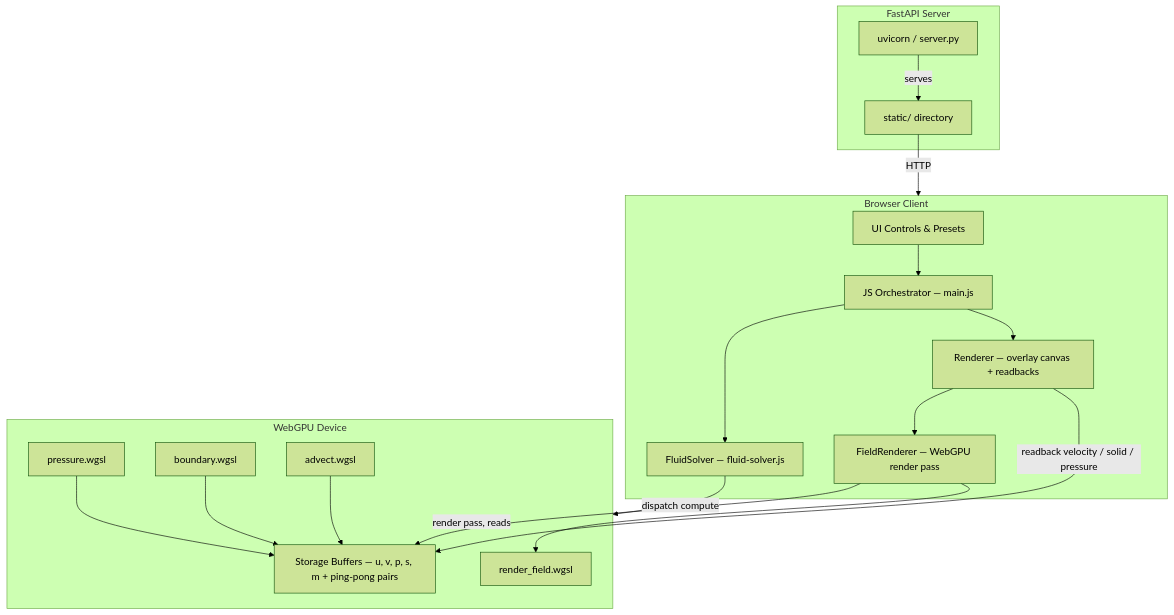
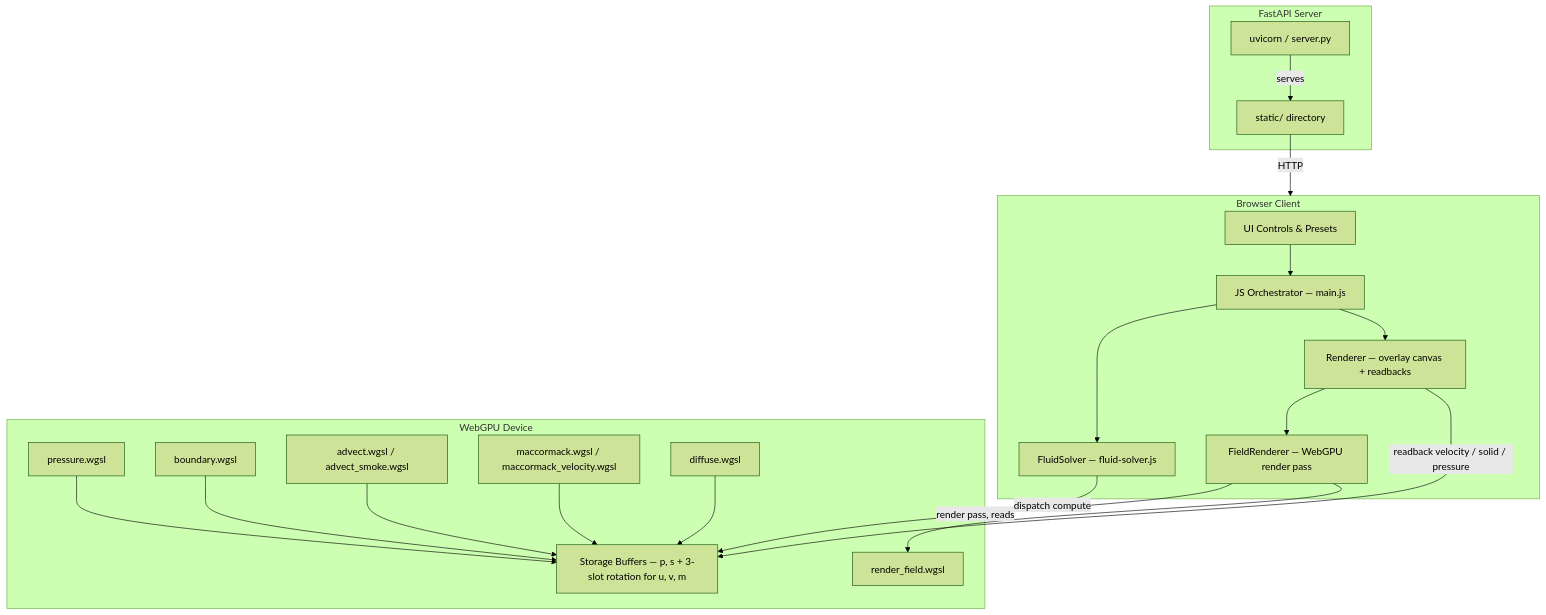
One commit to palsagar/webgpu-fluid-solver changed the diagram in docs/README.md. Above: the diagram before and after it, drawn with Mermaid (forest theme). The commit also changed other lines of this file and 32 other files, not shown here.

````diff
--- a/docs/README.md
+++ b/docs/README.md
@@ -7,37 +9,41 @@
 ```mermaid
 graph TD
     subgraph Server["FastAPI Server"]
         S1[uvicorn / server.py]
         S2[static/ directory]
         S1 -->|serves| S2
     end
 
     subgraph Browser["Browser Client"]
         UI[UI Controls & Presets]
         Orch[JS Orchestrator — main.js]
         Sim[FluidSolver — fluid-solver.js]
         Ren[Renderer — overlay canvas + readbacks]
         FRen[FieldRenderer — WebGPU render pass]
         UI --> Orch
         Orch --> Sim
         Orch --> Ren
         Ren --> FRen
     end
 
     subgraph GPU["WebGPU Device"]
-        B[Storage Buffers — u, v, p, s, m + ping-pong pairs]
+        B["Storage Buffers — p, s + 3-slot rotation for u, v, m"]
         C2[pressure.wgsl]
         C3[boundary.wgsl]
-        C4[advect.wgsl]
+        C4["advect.wgsl / advect_smoke.wgsl"]
+        C6["maccormack.wgsl / maccormack_velocity.wgsl"]
+        C7[diffuse.wgsl]
         C5[render_field.wgsl]
         C2 --> B
         C3 --> B
         C4 --> B
+        C6 --> B
+        C7 --> B
     end
 
     S2 -->|HTTP| Browser
     Sim -->|dispatch compute| GPU
     FRen -->|render pass, reads| B
     FRen --> C5
     Ren -->|readback velocity / solid / pressure| B
 ```
````
